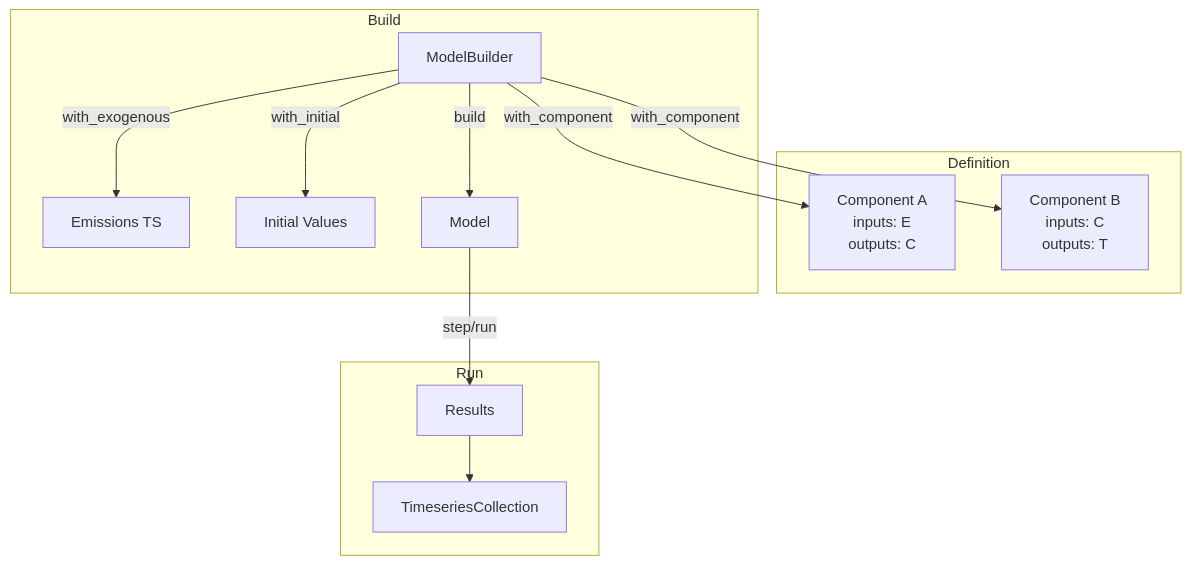
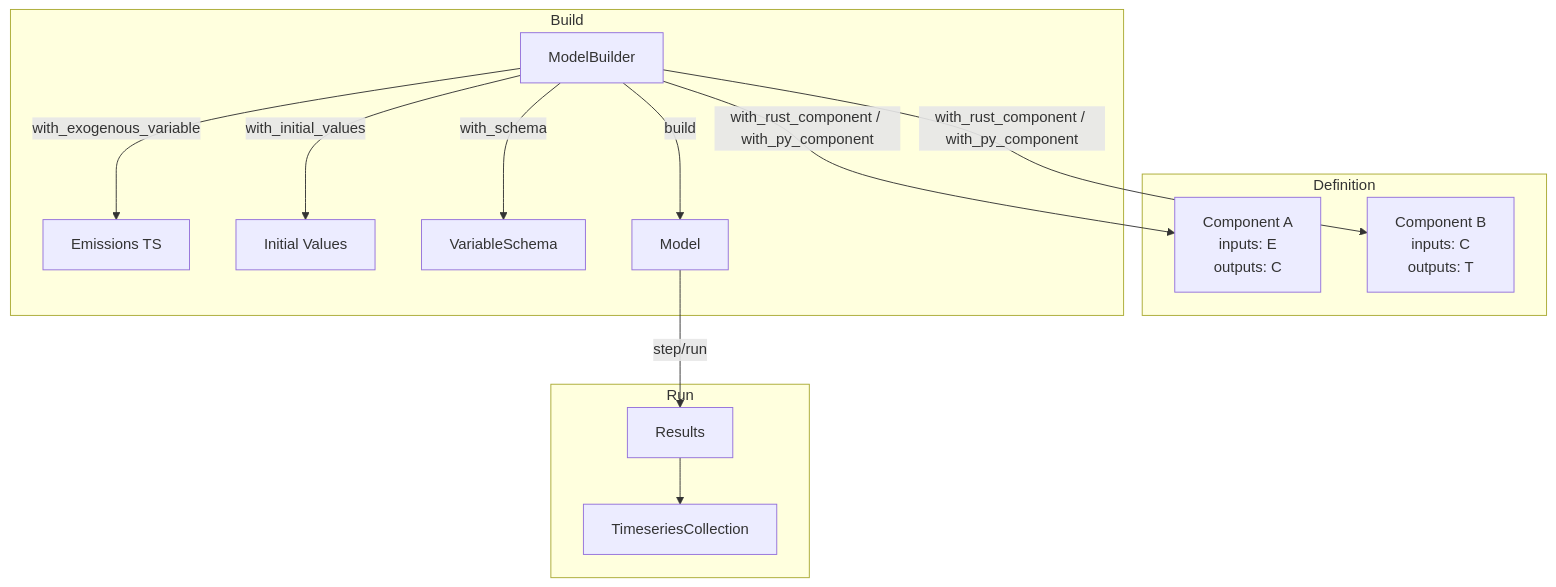
Before and after one commit to lewisjared/rscm: the fourth of 4 diagrams in docs/key_concepts.md, drawn with Mermaid. The commit also changed other lines of this file and 15 other files, not shown here.

````diff
--- a/docs/key_concepts.md
+++ b/docs/key_concepts.md
@@ -512,21 +567,22 @@
 ```mermaid
 graph TB
     subgraph Definition
         C1[Component A<br/>inputs: E<br/>outputs: C]
         C2[Component B<br/>inputs: C<br/>outputs: T]
     end
 
     subgraph Build
         MB[ModelBuilder]
-        MB --> |with_component| C1
-        MB --> |with_component| C2
-        MB --> |with_exogenous| E[Emissions TS]
-        MB --> |with_initial| I[Initial Values]
+        MB --> |with_rust_component / with_py_component| C1
+        MB --> |with_rust_component / with_py_component| C2
+        MB --> |with_exogenous_variable| E[Emissions TS]
+        MB --> |with_initial_values| I[Initial Values]
+        MB --> |with_schema| S[VariableSchema]
         MB --> |build| M[Model]
     end
 
     subgraph Run
         M --> |step/run| R[Results]
         R --> TC[TimeseriesCollection]
     end
 ```
````
